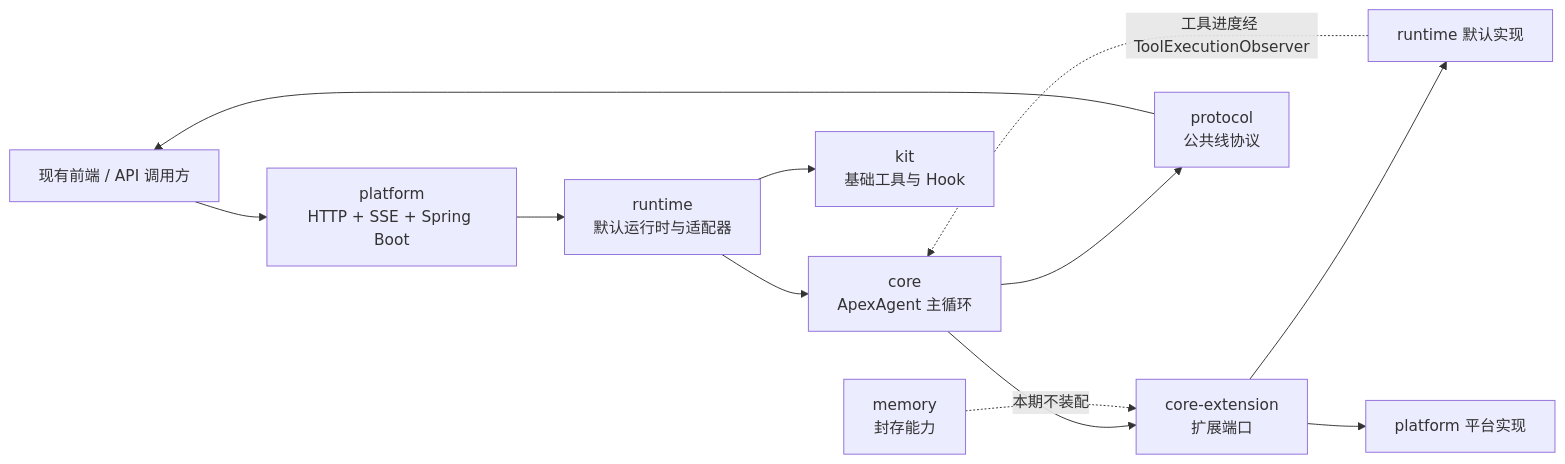
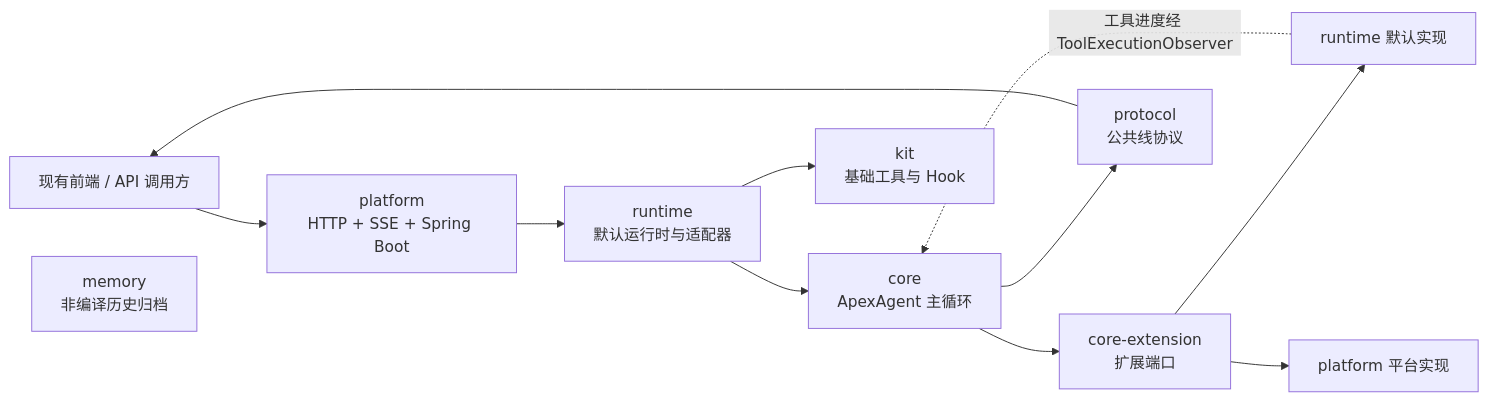
The second of 8 diagrams in docs/refact/2026-07-30-apex-agent-backend-architecture.md (gemo12123/apex-agent), drawn with Mermaid before and after one commit. The commit also changed other lines of this file and 21 other files, not shown here.

````diff
--- a/docs/refact/2026-07-30-apex-agent-backend-architecture.md
+++ b/docs/refact/2026-07-30-apex-agent-backend-architecture.md
@@ -95,14 +95,14 @@
 ```mermaid
 flowchart LR
     Client["现有前端 / API 调用方"] --> Platform["platform<br/>HTTP + SSE + Spring Boot"]
     Platform --> Runtime["runtime<br/>默认运行时与适配器"]
     Runtime --> Core["core<br/>ApexAgent 主循环"]
     Core --> Ports["core-extension<br/>扩展端口"]
     Ports --> RuntimeImpl["runtime 默认实现"]
     Ports --> PlatformImpl["platform 平台实现"]
     RuntimeImpl -. "工具进度经 ToolExecutionObserver" .-> Core
     Runtime --> Kit["kit<br/>基础工具与 Hook"]
     Protocol["protocol<br/>公共线协议"] --> Client
     Core --> Protocol
-    Memory["memory<br/>封存能力"] -. "本期不装配" .-> Ports
+    Memory["memory<br/>非编译历史归档"]
 ```
````
